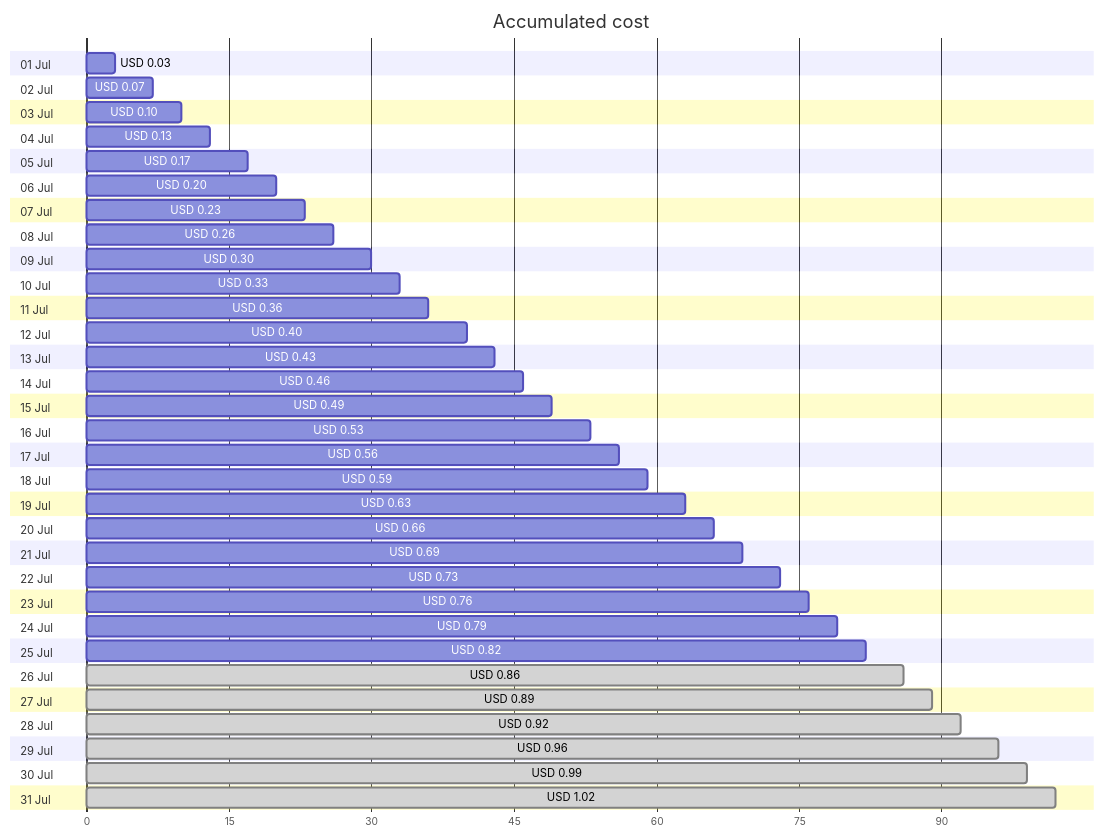
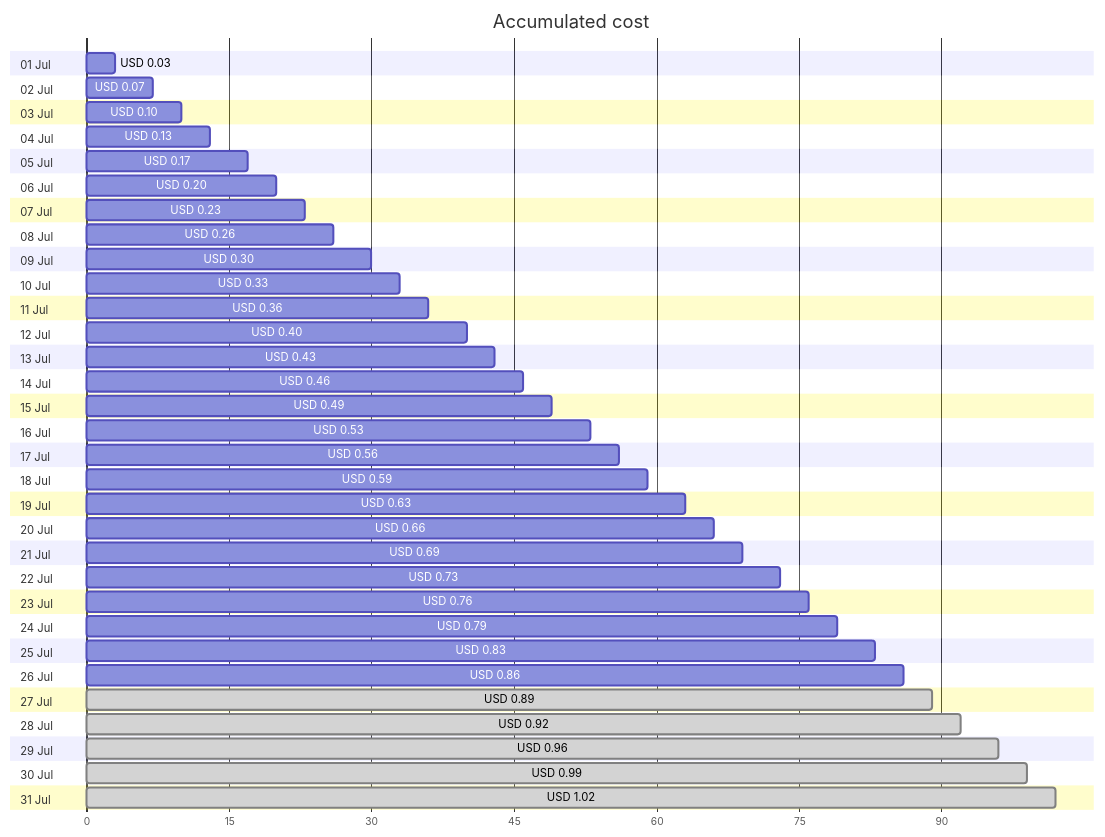
One commit to jpfulton/azure-personal-reports changed the first of 4 diagrams in cost-reports/personal-dns/README.md. Above: the diagram before and after it, drawn with Mermaid. The commit also changed other lines of this file and 2 other files, not shown here.

````diff
--- a/cost-reports/personal-dns/README.md
+++ b/cost-reports/personal-dns/README.md
@@ -20,68 +20,68 @@
 ```mermaid
 gantt
    title Accumulated cost
    dateFormat  X
    axisFormat %s
    section 01 Jul
    USD 0.03 :0, 3
    section 02 Jul
    USD 0.07 :0, 7
    section 03 Jul
    USD 0.10 :0, 10
    section 04 Jul
    USD 0.13 :0, 13
    section 05 Jul
    USD 0.17 :0, 17
    section 06 Jul
    USD 0.20 :0, 20
    section 07 Jul
    USD 0.23 :0, 23
    section 08 Jul
    USD 0.26 :0, 26
    section 09 Jul
    USD 0.30 :0, 30
    section 10 Jul
    USD 0.33 :0, 33
    section 11 Jul
    USD 0.36 :0, 36
    section 12 Jul
    USD 0.40 :0, 40
    section 13 Jul
    USD 0.43 :0, 43
    section 14 Jul
    USD 0.46 :0, 46
    section 15 Jul
    USD 0.49 :0, 49
    section 16 Jul
    USD 0.53 :0, 53
    section 17 Jul
    USD 0.56 :0, 56
    section 18 Jul
    USD 0.59 :0, 59
    section 19 Jul
    USD 0.63 :0, 63
    section 20 Jul
    USD 0.66 :0, 66
    section 21 Jul
    USD 0.69 :0, 69
    section 22 Jul
    USD 0.73 :0, 73
    section 23 Jul
    USD 0.76 :0, 76
    section 24 Jul
    USD 0.79 :0, 79
    section 25 Jul
-   USD 0.82 :0, 82
+   USD 0.83 :0, 83
    section 26 Jul
-   USD 0.86 : done, 0, 86
+   USD 0.86 :0, 86
    section 27 Jul
    USD 0.89 : done, 0, 89
    section 28 Jul
    USD 0.92 : done, 0, 92
    section 29 Jul
    USD 0.96 : done, 0, 96
    section 30 Jul
    USD 0.99 : done, 0, 99
    section 31 Jul
    USD 1.02 : done, 0, 102
 ```
````
